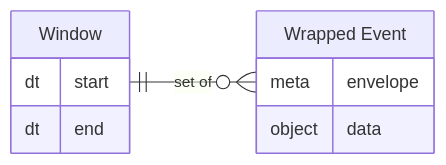
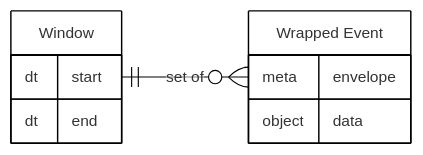
Before and after one commit to nurih/stream-processing-atlas-demo: the seventh of 11 diagrams in slide-deck.md, drawn with Mermaid. The commit also changed other lines of this file and 5 other files, not shown here.

Commit message:
Pre-compile for charts

````diff
--- a/slide-deck.md
+++ b/slide-deck.md
@@ -170,13 +185,17 @@
 ```mermaid
+---
+config:
+  theme: 'neo'
+---
 erDiagram
     direction LR
     win["Window"] {
-        dt start
-        dt end
+      dt start
+      dt end
     }
     evt["Wrapped Event"] {
-        meta envelope
-        object data
+      meta envelope
+      object data
     }
     win ||--o{ evt :"set of"
 ```
````
